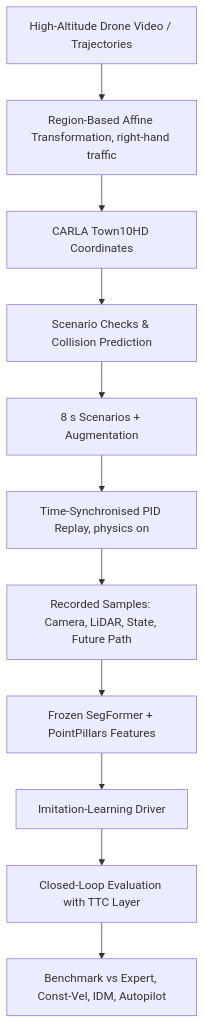
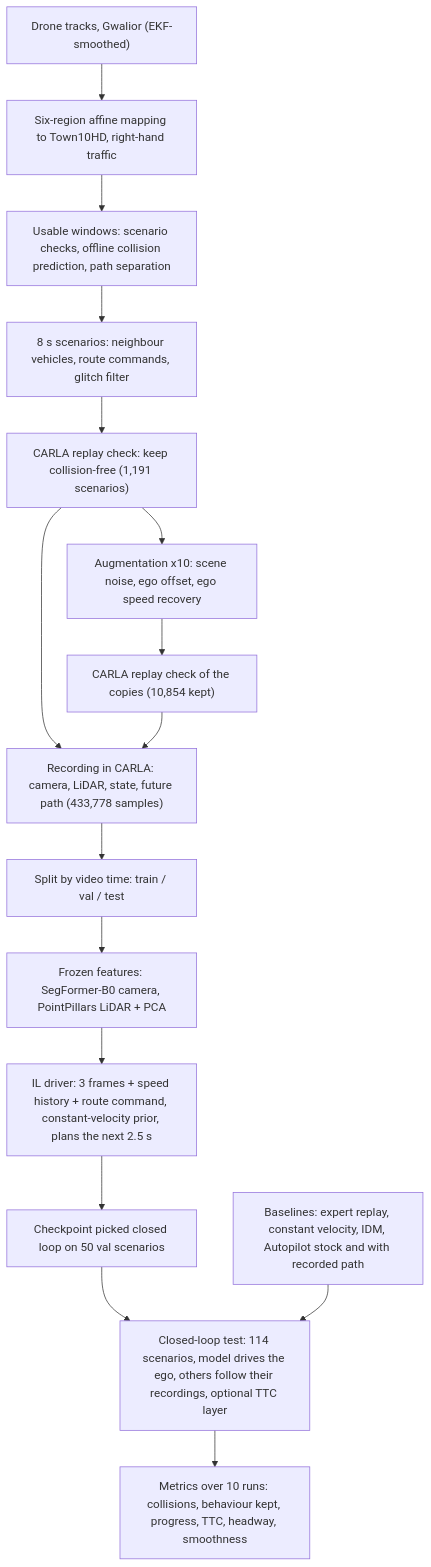
One commit to rajvamsi12/real2sim-trajectory-style-transfer changed the diagram in README.md. Above: the diagram before and after it, drawn with Mermaid.

Commit message:
README: architecture diagram follows the real IL pipeline order

````diff
--- a/README.md
+++ b/README.md
@@ -35,13 +35,18 @@
 ```mermaid
 flowchart TD
-    A[High-Altitude Drone Video / Trajectories] --> B[Region-Based Affine Transformation, right-hand traffic]
-    B --> C[CARLA Town10HD Coordinates]
-    C --> V[Scenario Checks & Collision Prediction]
-    V --> S[8 s Scenarios + Augmentation]
-    S --> D[Time-Synchronised PID Replay, physics on]
-    D --> R[Recorded Samples: Camera, LiDAR, State, Future Path]
-    R --> F[Frozen SegFormer + PointPillars Features]
-    F --> M[Imitation-Learning Driver]
-    M --> E[Closed-Loop Evaluation with TTC Layer]
-    E --> L[Benchmark vs Expert, Const-Vel, IDM, Autopilot]
+    A["Drone tracks, Gwalior (EKF-smoothed)"] --> B["Six-region affine mapping to Town10HD, right-hand traffic"]
+    B --> C["Usable windows: scenario checks, offline collision prediction, path separation"]
+    C --> D["8 s scenarios: neighbour vehicles, route commands, glitch filter"]
+    D --> E["CARLA replay check: keep collision-free (1,191 scenarios)"]
+    E --> F["Augmentation x10: scene noise, ego offset, ego speed recovery"]
+    F --> G["CARLA replay check of the copies (10,854 kept)"]
+    E --> H["Recording in CARLA: camera, LiDAR, state, future path (433,778 samples)"]
+    G --> H
+    H --> I["Split by video time: train / val / test"]
+    I --> J["Frozen features: SegFormer-B0 camera, PointPillars LiDAR + PCA"]
+    J --> K["IL driver: 3 frames + speed history + route command, constant-velocity prior, plans the next 2.5 s"]
+    K --> L["Checkpoint picked closed loop on 50 val scenarios"]
+    L --> M["Closed-loop test: 114 scenarios, model drives the ego, others follow their recordings, optional TTC layer"]
+    N["Baselines: expert replay, constant velocity, IDM, Autopilot stock and with recorded path"] --> M
+    M --> O["Metrics over 10 runs: collisions, behaviour kept, progress, TTC, headway, smoothness"]
 ```
````
